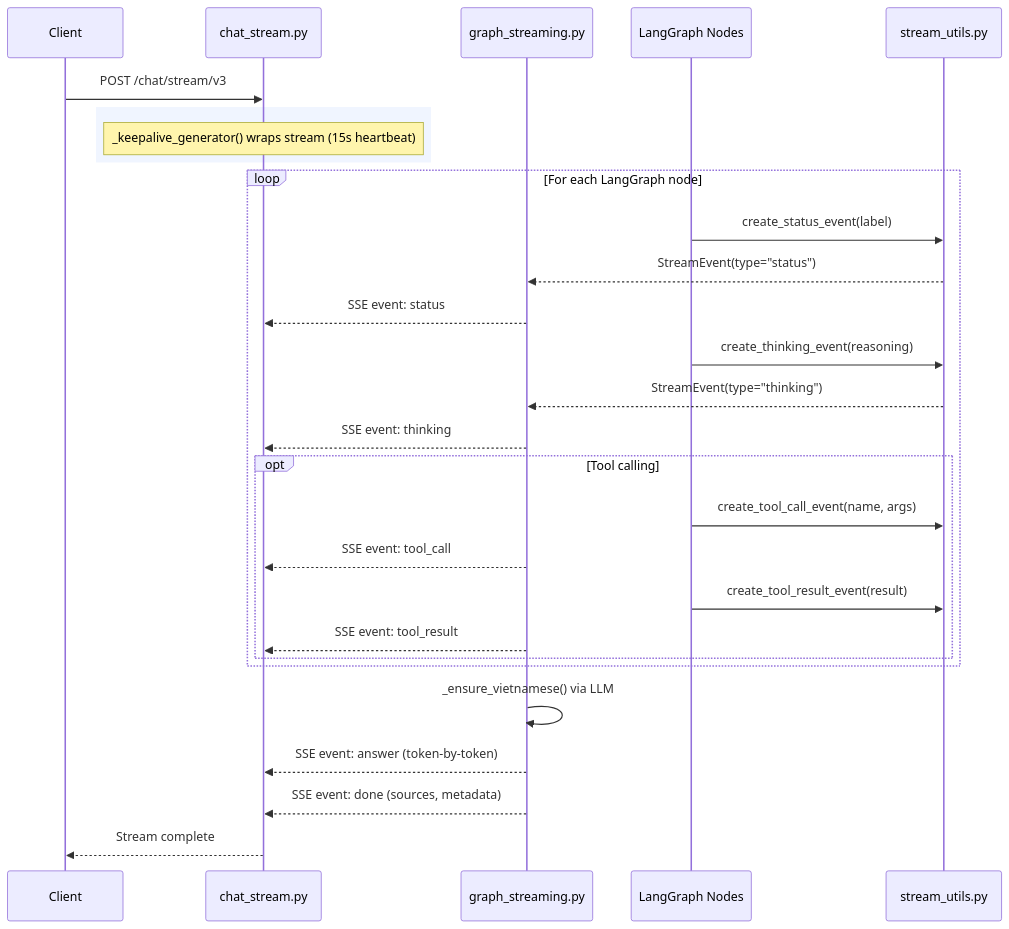
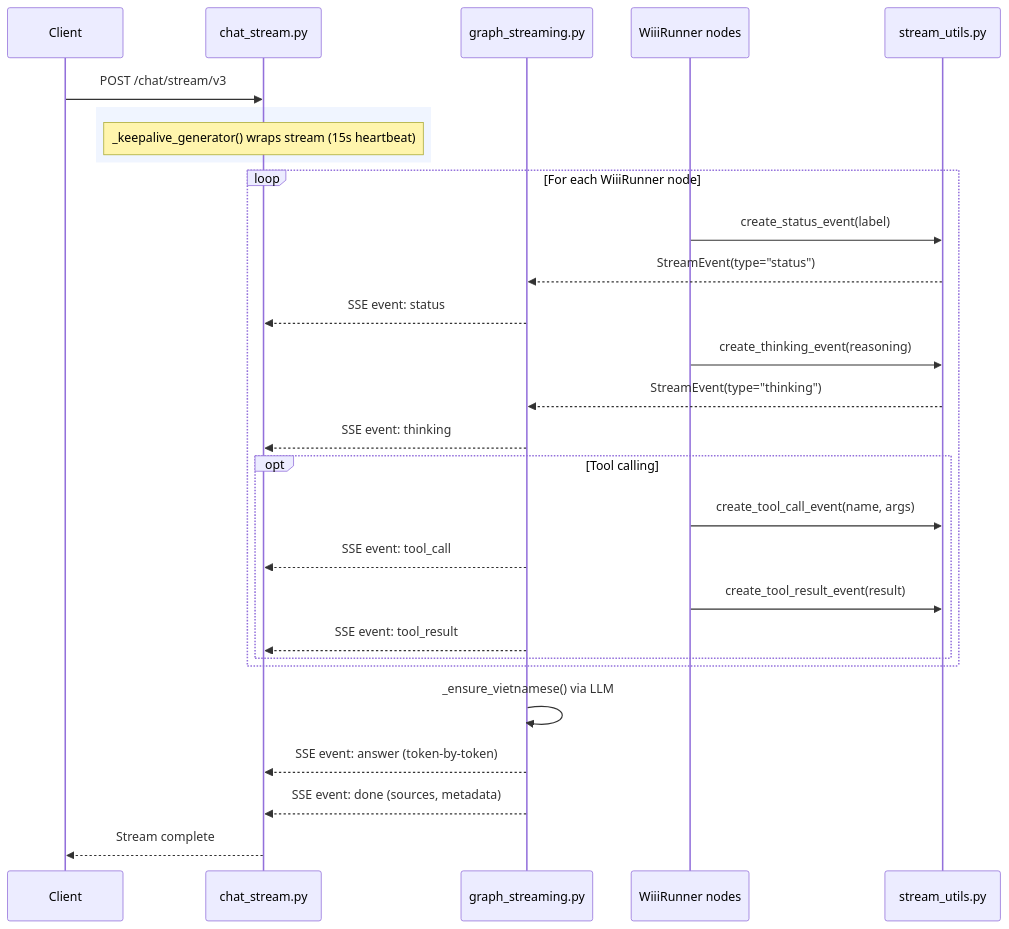
One commit to meiiie/wiii changed the tenth of 26 diagrams in maritime-ai-service/docs/architecture/SYSTEM_ARCHITECTURE.md. Above: the diagram before and after it, drawn with Mermaid. The commit also changed other lines of this file and 18 other files, not shown here.

First line of the commit message:
docs: align architecture with WiiiRunner runtime (#143)

````diff
--- a/maritime-ai-service/docs/architecture/SYSTEM_ARCHITECTURE.md
+++ b/maritime-ai-service/docs/architecture/SYSTEM_ARCHITECTURE.md
@@ -929,36 +929,36 @@
 ```mermaid
 sequenceDiagram
     participant C as Client
     participant API as chat_stream.py
     participant GS as graph_streaming.py
-    participant NODES as LangGraph Nodes
+    participant NODES as WiiiRunner nodes
     participant SU as stream_utils.py
 
     C->>API: POST /chat/stream/v3
 
     rect rgb(240, 245, 255)
         Note over API: _keepalive_generator() wraps stream (15s heartbeat)
     end
 
-    loop For each LangGraph node
+    loop For each WiiiRunner node
         NODES->>SU: create_status_event(label)
         SU-->>GS: StreamEvent(type="status")
         GS-->>API: SSE event: status
 
         NODES->>SU: create_thinking_event(reasoning)
         SU-->>GS: StreamEvent(type="thinking")
         GS-->>API: SSE event: thinking
 
         opt Tool calling
             NODES->>SU: create_tool_call_event(name, args)
             GS-->>API: SSE event: tool_call
             NODES->>SU: create_tool_result_event(result)
             GS-->>API: SSE event: tool_result
         end
     end
 
     GS->>GS: _ensure_vietnamese() via LLM
     GS-->>API: SSE event: answer (token-by-token)
     GS-->>API: SSE event: done (sources, metadata)
     API-->>C: Stream complete
 ```
````
